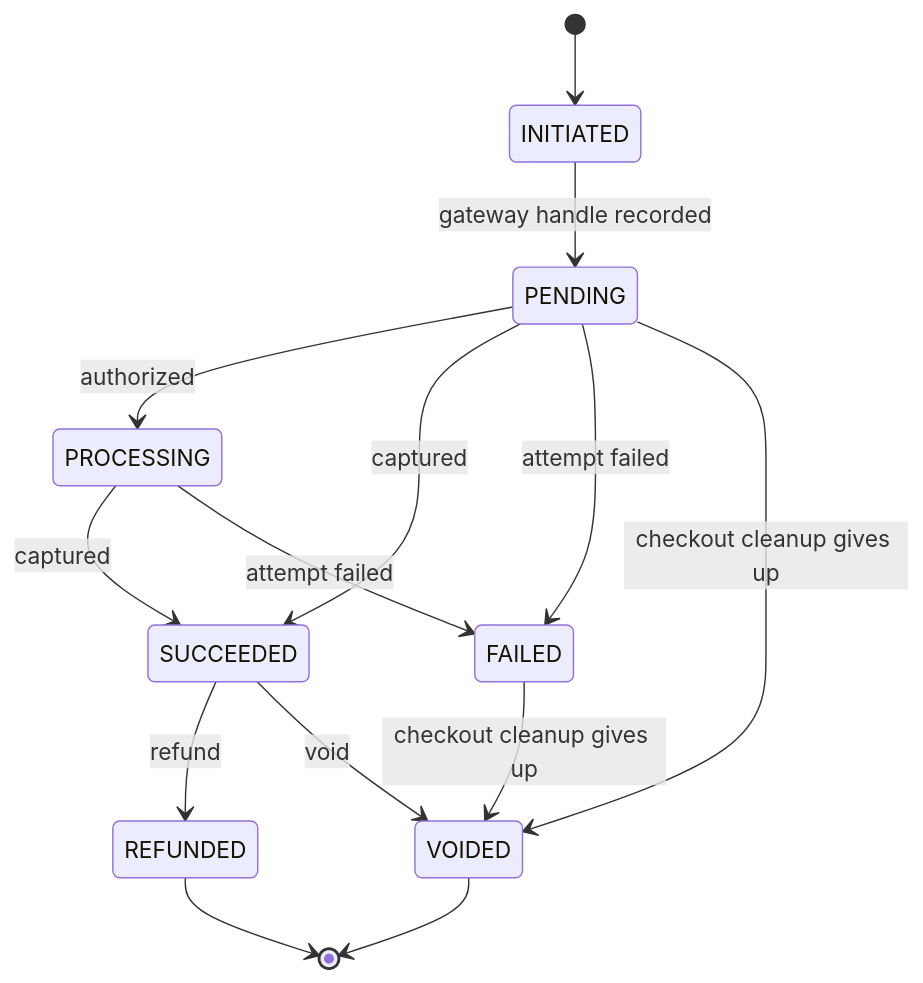
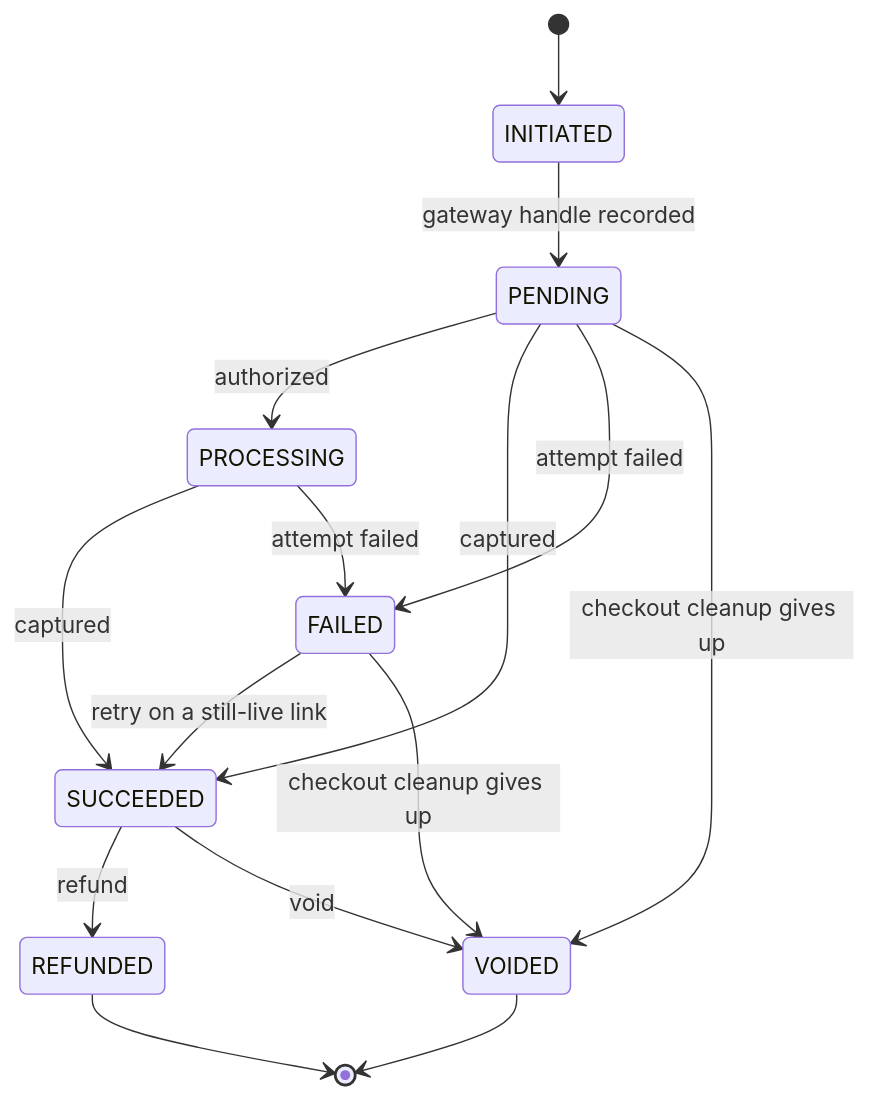
One commit to flexprice/flexprice changed the fifth of 6 diagrams in docs/design/2026-08-07-checkout-polling-api.md. Above: the diagram before and after it, drawn with Mermaid. The commit also changed other lines of this file, not shown here.

````diff
--- a/docs/design/2026-08-07-checkout-polling-api.md
+++ b/docs/design/2026-08-07-checkout-polling-api.md
@@ -319,16 +319,17 @@
 ```mermaid
 stateDiagram-v2
     [*] --> INITIATED
     INITIATED --> PENDING: gateway handle recorded
     PENDING --> PROCESSING: authorized
     PENDING --> SUCCEEDED: captured
     PROCESSING --> SUCCEEDED: captured
     PENDING --> FAILED: attempt failed
     PROCESSING --> FAILED: attempt failed
+    FAILED --> SUCCEEDED: retry on a still-live link
     FAILED --> VOIDED: checkout cleanup gives up
     PENDING --> VOIDED: checkout cleanup gives up
     SUCCEEDED --> REFUNDED: refund
     SUCCEEDED --> VOIDED: void
     VOIDED --> [*]
     REFUNDED --> [*]
 ```
````
